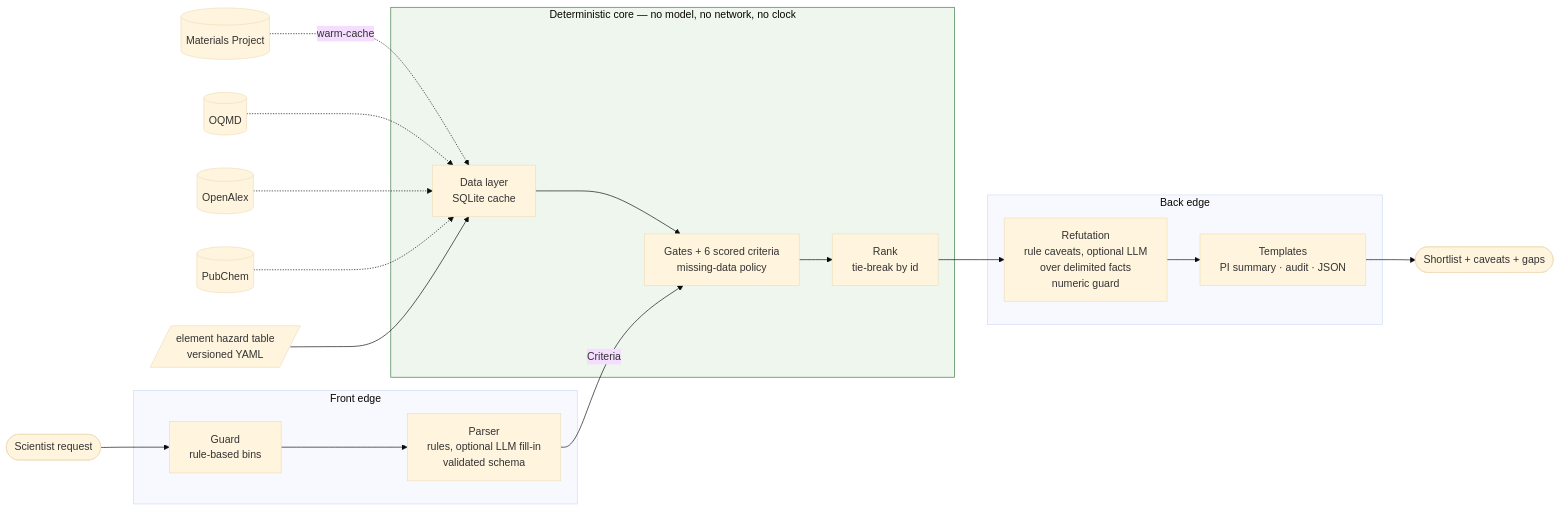
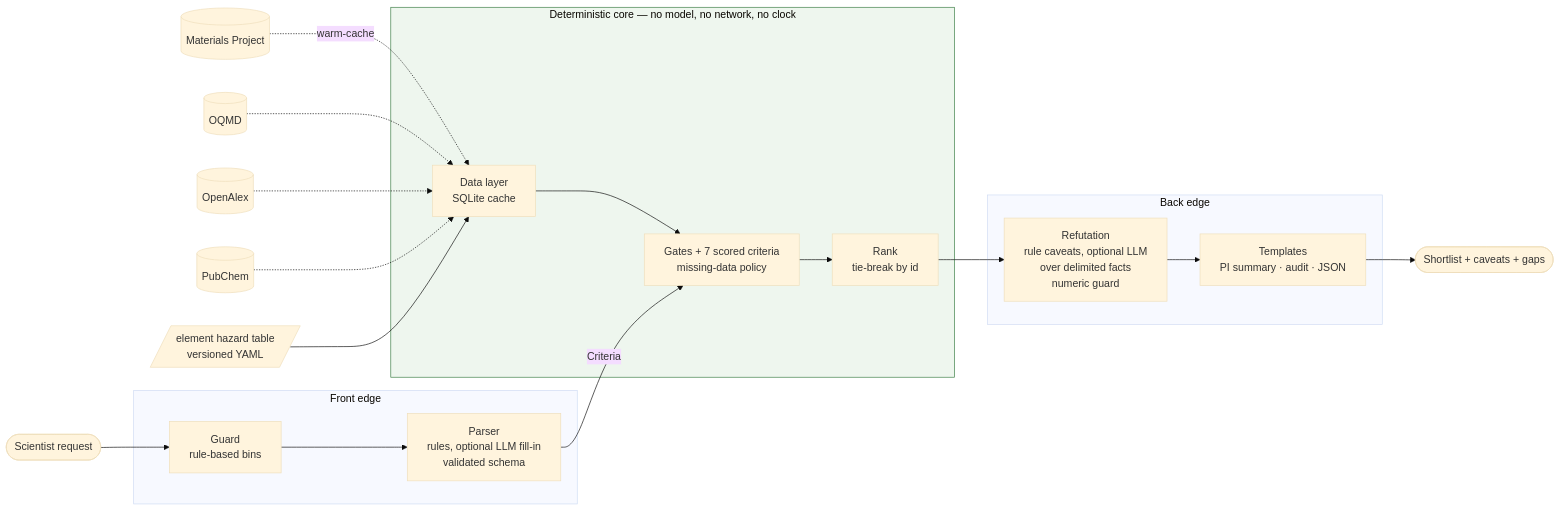
The diagram in docs/design-note.md (a-bissell/Oxbow), drawn with Mermaid (base theme) before and after one commit. The commit also changed other lines of this file and 225 other files, not shown here.

````diff
--- a/docs/design-note.md
+++ b/docs/design-note.md
@@ -18,22 +18,22 @@
 ```mermaid
 flowchart LR
     subgraph EDGE_IN["Front edge"]
         G[Guard<br/>rule-based bins] --> P[Parser<br/>rules, optional LLM fill-in<br/>validated schema]
     end
     subgraph CORE["Deterministic core — no model, no network, no clock"]
-        D[Data layer<br/>SQLite cache] --> S[Gates + 6 scored criteria<br/>missing-data policy] --> R[Rank<br/>tie-break by id]
+        D[Data layer<br/>SQLite cache] --> S[Gates + 7 scored criteria<br/>missing-data policy] --> R[Rank<br/>tie-break by id]
     end
     subgraph EDGE_OUT["Back edge"]
         F[Refutation<br/>rule caveats, optional LLM<br/>over delimited facts<br/>numeric guard] --> T[Templates<br/>PI summary · audit · JSON]
     end
     REQ([Scientist request]) --> G
     P -->|Criteria| S
     R --> F
     T --> OUT([Shortlist + caveats + gaps])
     MP[(Materials Project)] -.warm-cache.-> D
     OQ[(OQMD)] -.-> D
     OA[(OpenAlex)] -.-> D
     PC[(PubChem)] -.-> D
     HZ[/element hazard table<br/>versioned YAML/] --> D
     style CORE fill:#eef6ee,stroke:#3a7d44
 ```
````
